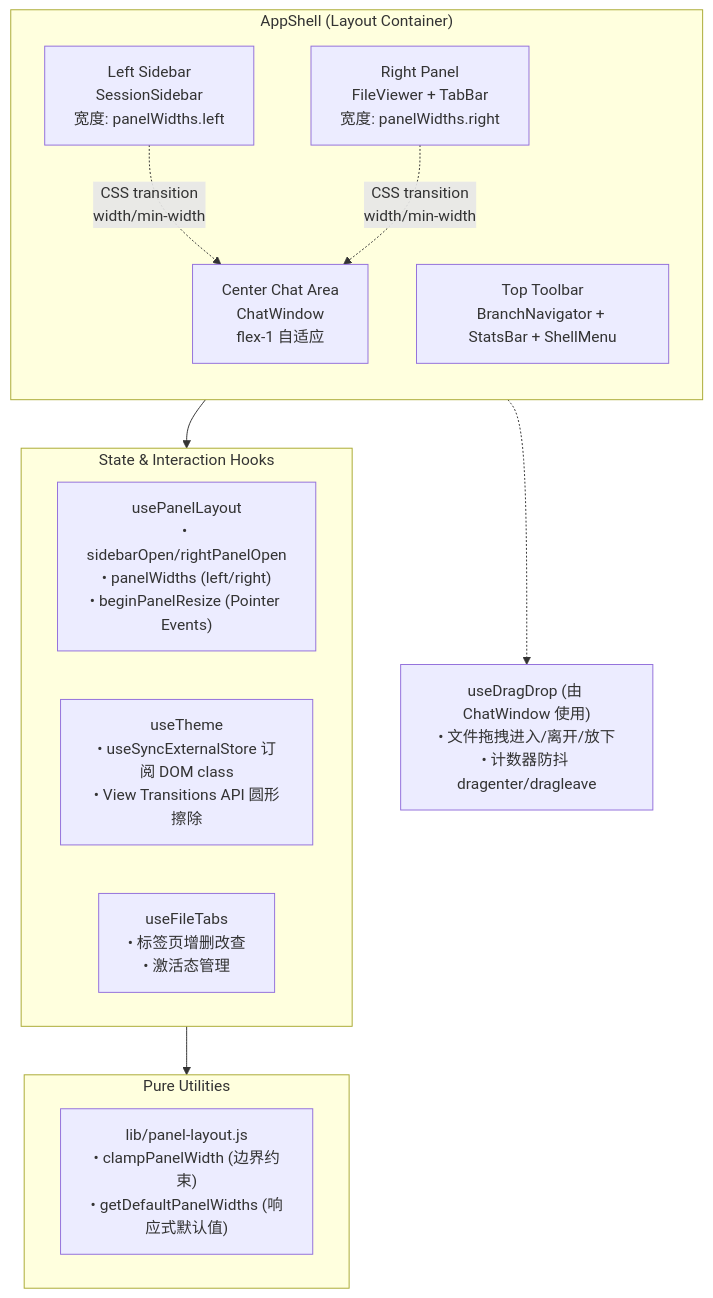
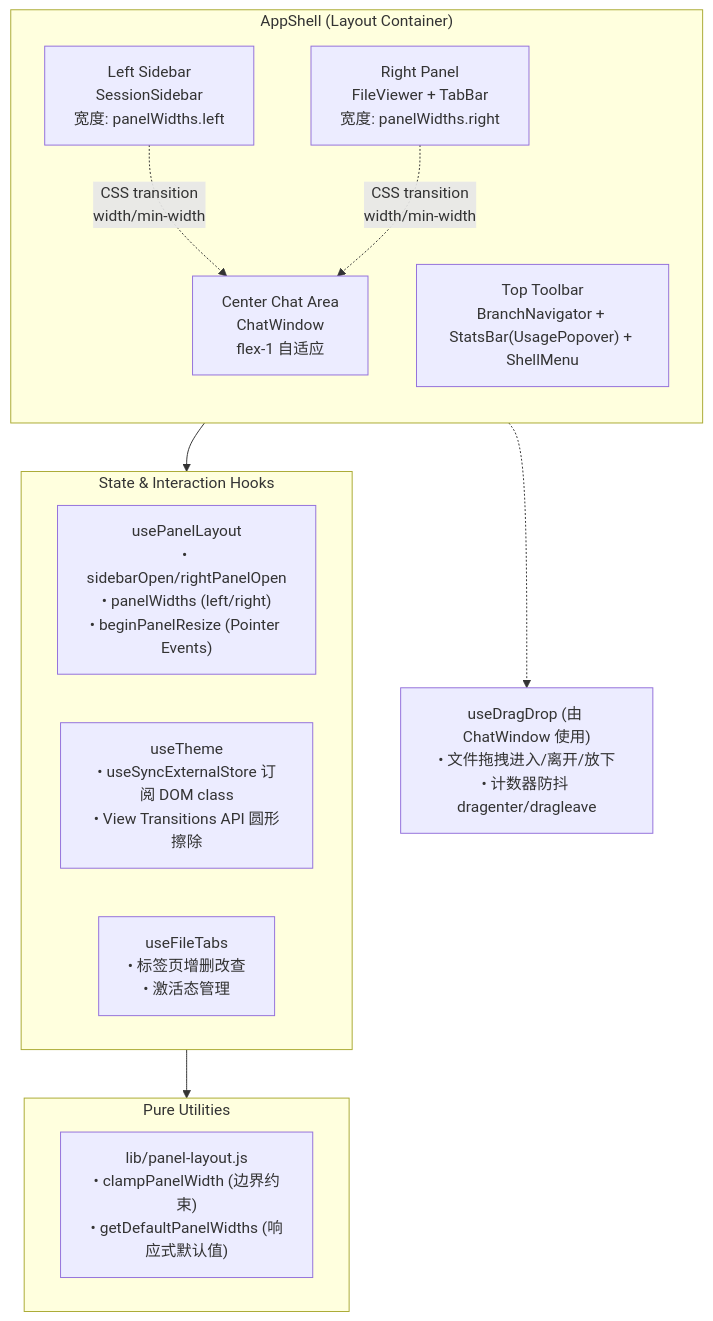
The first of 3 diagrams in .zread/wiki/versions/2026-10-06-001245/24-appshell-bu-ju-xi-tong-mian-ban-tuo-zhuai-jian-pan-kuai-jie-jian-zhu-ti-qie-huan.md (Chasen-Liao/pi-agent-desktop), drawn with Mermaid before and after one commit. The commit also changed other lines of this file and 29 other files, not shown here.

First line of the commit message:
docs(wiki): align zread wiki with main architecture

````diff
--- a/.zread/wiki/versions/2026-10-06-001245/24-appshell-bu-ju-xi-tong-mian-ban-tuo-zhuai-jian-pan-kuai-jie-jian-zhu-ti-qie-huan.md
+++ b/.zread/wiki/versions/2026-10-06-001245/24-appshell-bu-ju-xi-tong-mian-ban-tuo-zhuai-jian-pan-kuai-jie-jian-zhu-ti-qie-huan.md
@@ -11,28 +11,28 @@
 ```mermaid
 graph TB
     subgraph AppShell["AppShell (Layout Container)"]
         direction TB
         Sidebar["Left Sidebar\nSessionSidebar\n宽度: panelWidths.left"]
         Center["Center Chat Area\nChatWindow\nflex-1 自适应"]
         RightPanel["Right Panel\nFileViewer + TabBar\n宽度: panelWidths.right"]
-        TopBar["Top Toolbar\nBranchNavigator + StatsBar + ShellMenu"]
+        TopBar["Top Toolbar\nBranchNavigator + StatsBar(UsagePopover) + ShellMenu"]
     end
 
     subgraph Hooks["State & Interaction Hooks"]
         usePanelLayout["usePanelLayout\n• sidebarOpen/rightPanelOpen\n• panelWidths (left/right)\n• beginPanelResize (Pointer Events)"]
         useTheme["useTheme\n• useSyncExternalStore 订阅 DOM class\n• View Transitions API 圆形擦除"]
         useFileTabs["useFileTabs\n• 标签页增删改查\n• 激活态管理"]
     end
 
     subgraph Utils["Pure Utilities"]
         panelLayout["lib/panel-layout.js\n• clampPanelWidth (边界约束)\n• getDefaultPanelWidths (响应式默认值)"]
     end
 
     useDragDrop["useDragDrop (由 ChatWindow 使用)\n• 文件拖拽进入/离开/放下\n• 计数器防抖 dragenter/dragleave"]
     Center -.-> useDragDrop
 
     AppShell --> Hooks
     Hooks --> Utils
     Sidebar -.->|CSS transition\nwidth/min-width| Center
     RightPanel -.->|CSS transition\nwidth/min-width| Center
 ```
````
